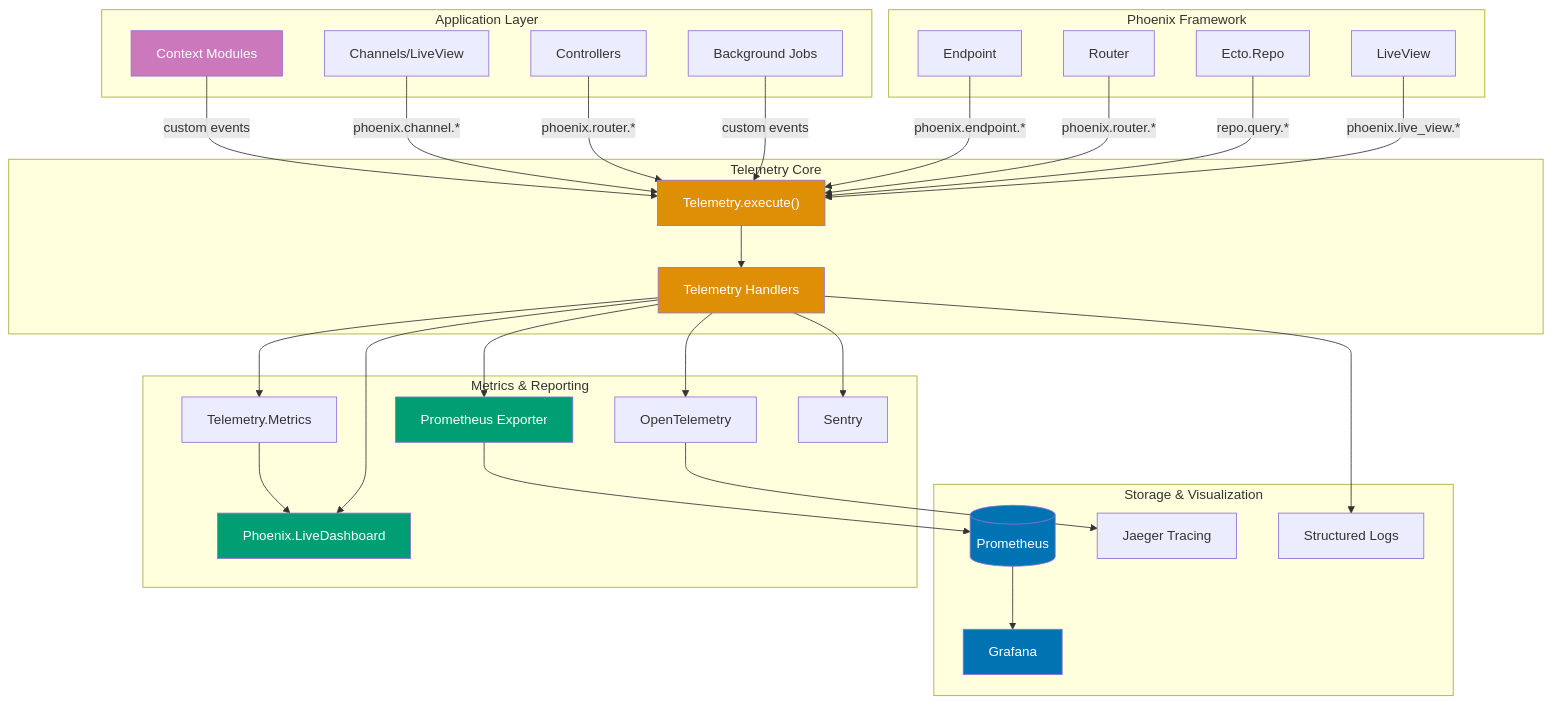
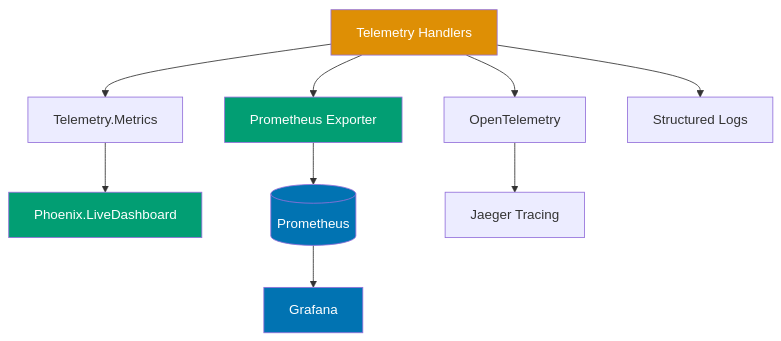
The second of 2 diagrams in docs/explanation/software-engineering/platform-web/tools/elixir-phoenix/observability.md (wahidyankf/ose-primer), drawn with Mermaid before and after one commit. The commit also changed other lines of this file and 9 other files, not shown here.

Commit message:
fix(docs): fix mermaid violations in elixir-phoenix/ docs (batch 5/10)

````diff
--- a/docs/explanation/software-engineering/platform-web/tools/elixir-phoenix/observability.md
+++ b/docs/explanation/software-engineering/platform-web/tools/elixir-phoenix/observability.md
@@ -309,70 +330,20 @@
 ```mermaid
 %% Color Palette: Blue #0173B2, Orange #DE8F05, Teal #029E73, Purple #CC78BC
 %% All colors are color-blind friendly and meet WCAG AA contrast standards
 
 graph TD
-    subgraph "Application Layer"
-        CTX[Context Modules]
-        CH[Channels/LiveView]
-        CTRL[Controllers]
-        BG[Background Jobs]
-    end
+    TH[Telemetry Handlers] --> TM[Telemetry.Metrics]
+    TH --> PROM[Prometheus Exporter]
+    TH --> OTEL[OpenTelemetry]
+    TH --> LOG[Structured Logs]
+    TM --> LD[Phoenix.LiveDashboard]
+    PROM --> PS[(Prometheus)]
+    PS --> GF[Grafana]
+    OTEL --> JAEG[Jaeger Tracing]
 
-    subgraph "Phoenix Framework"
-        EP[Endpoint]
-        RT[Router]
-        REPO[Ecto.Repo]
-        LV[LiveView]
-    end
-
-    subgraph "Telemetry Core"
-        TE[Telemetry.execute#40;#41;]
-        TH[Telemetry Handlers]
-    end
-
-    subgraph "Metrics & Reporting"
-        TM[Telemetry.Metrics]
-        LD[Phoenix.LiveDashboard]
-        PROM[Prometheus Exporter]
-        OTEL[OpenTelemetry]
-        SENT[Sentry]
-    end
-
-    subgraph "Storage & Visualization"
-        PS[(Prometheus)]
-        GF[Grafana]
-        JAEG[Jaeger Tracing]
-        LOG[Structured Logs]
-    end
-
-    CTX -->|custom events| TE
-    CH -->|phoenix.channel.*| TE
-    CTRL -->|phoenix.router.*| TE
-    BG -->|custom events| TE
-
-    EP -->|phoenix.endpoint.*| TE
-    RT -->|phoenix.router.*| TE
-    REPO -->|repo.query.*| TE
-    LV -->|phoenix.live_view.*| TE
-
-    TE --> TH
-    TH --> TM
-    TH --> LD
-    TH --> PROM
-    TH --> OTEL
-    TH --> SENT
-
-    PROM --> PS
-    PS --> GF
-    OTEL --> JAEG
-    TM --> LD
-    TH --> LOG
-
-    style CTX fill:#CC78BC,color:#fff
-    style TE fill:#DE8F05,color:#fff
     style TH fill:#DE8F05,color:#fff
     style LD fill:#029E73,color:#fff
     style PROM fill:#029E73,color:#fff
     style PS fill:#0173B2,color:#fff
     style GF fill:#0173B2,color:#fff
 ```
````
